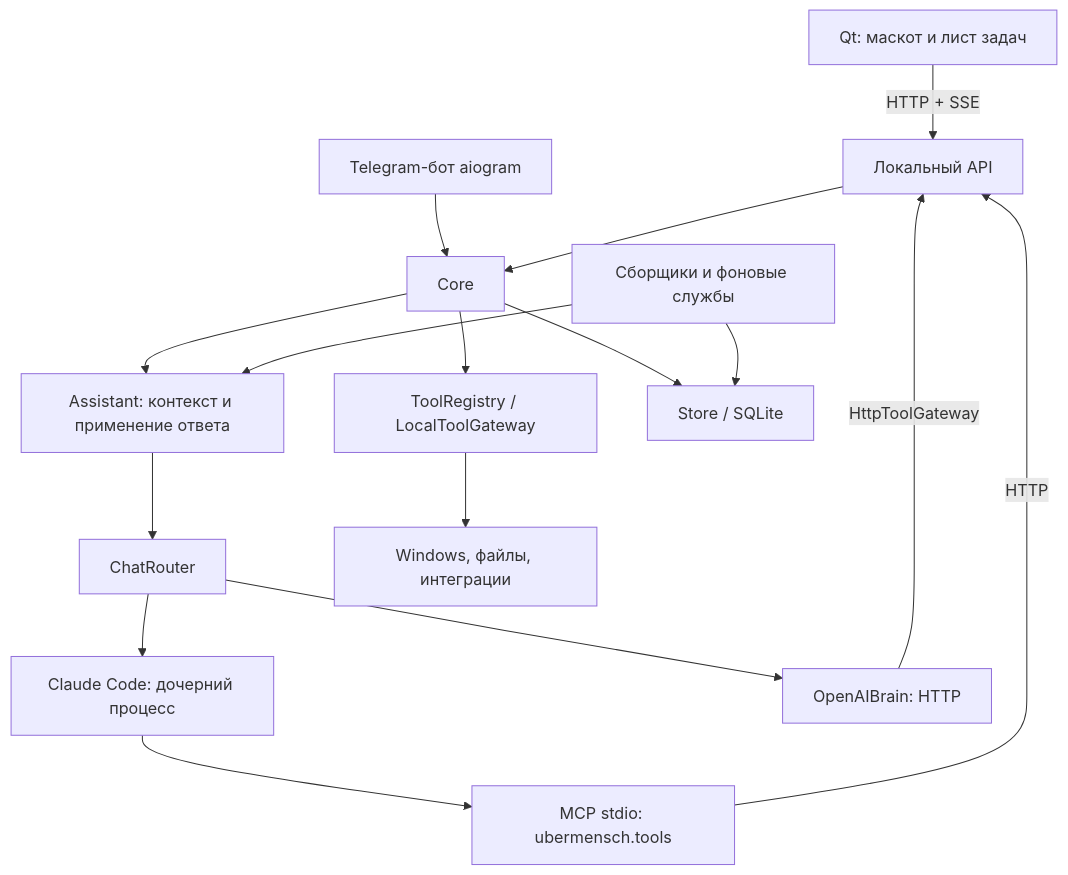
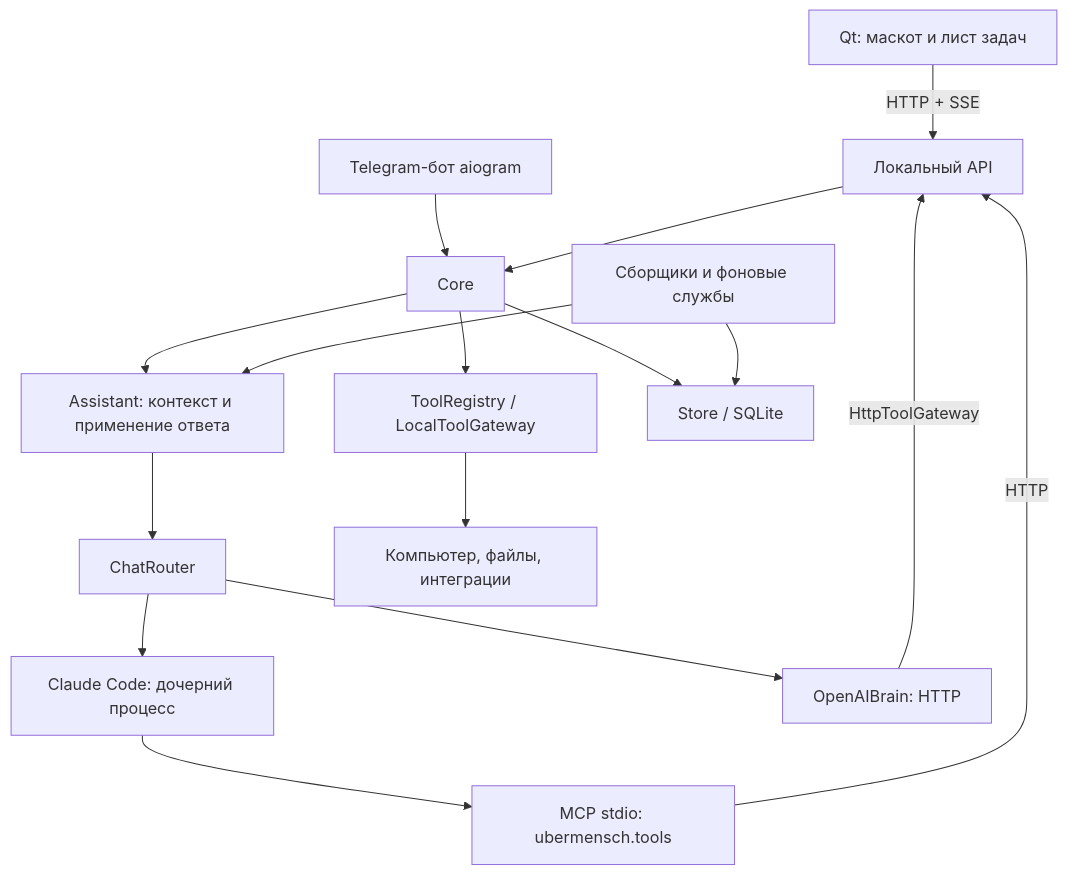
The diagram in docs/DEVELOPMENT.md (shibanalex/Ubermensch), drawn with Mermaid before and after one commit. The commit also changed other lines of this file and 69 other files, not shown here.

````diff
--- a/docs/DEVELOPMENT.md
+++ b/docs/DEVELOPMENT.md
@@ -24,18 +24,18 @@
 ```mermaid
 flowchart TD
     UI[Qt: маскот и лист задач] -->|HTTP + SSE| API[Локальный API]
     TG[Telegram-бот aiogram] --> CORE[Core]
     API --> CORE
     CORE --> ASSISTANT[Assistant: контекст и применение ответа]
     ASSISTANT --> ROUTER[ChatRouter]
     ROUTER --> CLAUDE[Claude Code: дочерний процесс]
     ROUTER --> OPENAI[OpenAIBrain: HTTP]
     CLAUDE --> MCP[MCP stdio: ubermensch.tools]
     MCP -->|HTTP| API
     OPENAI -->|HttpToolGateway| API
     CORE --> REG[ToolRegistry / LocalToolGateway]
-    REG --> SYS[Windows, файлы, интеграции]
+    REG --> SYS[Компьютер, файлы, интеграции]
     CORE --> STORE[Store / SQLite]
     BG[Сборщики и фоновые службы] --> STORE
     BG --> ASSISTANT
 ```
````
